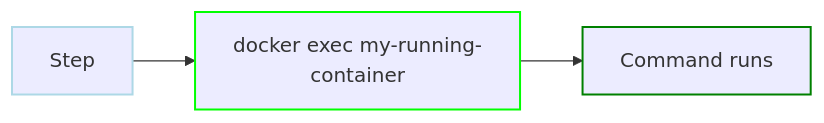
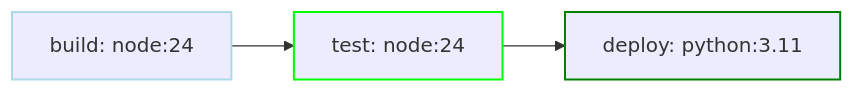
One commit to dagucloud/docs changed diagram 20 of 21 in writing-workflows/examples.md. Above: the diagram before and after it, drawn with Mermaid. The commit also changed other lines of this file and 6 other files, not shown here.

Commit message:
doc: add step-level container field

````diff
--- a/writing-workflows/examples.md
+++ b/writing-workflows/examples.md
@@ -1479,8 +1495,8 @@
 ```mermaid
 flowchart LR
-  S[Step] --> X[docker exec my-running-container]
-  X --> R[Command runs]
-  style S stroke:lightblue,stroke-width:1.6px,color:#333
-  style X stroke:lime,stroke-width:1.6px,color:#333
-  style R stroke:green,stroke-width:1.6px,color:#333
+  B[build: node:24] --> T[test: node:24]
+  T --> D[deploy: python:3.11]
+  style B stroke:lightblue,stroke-width:1.6px,color:#333
+  style T stroke:lime,stroke-width:1.6px,color:#333
+  style D stroke:green,stroke-width:1.6px,color:#333
 ```
````
